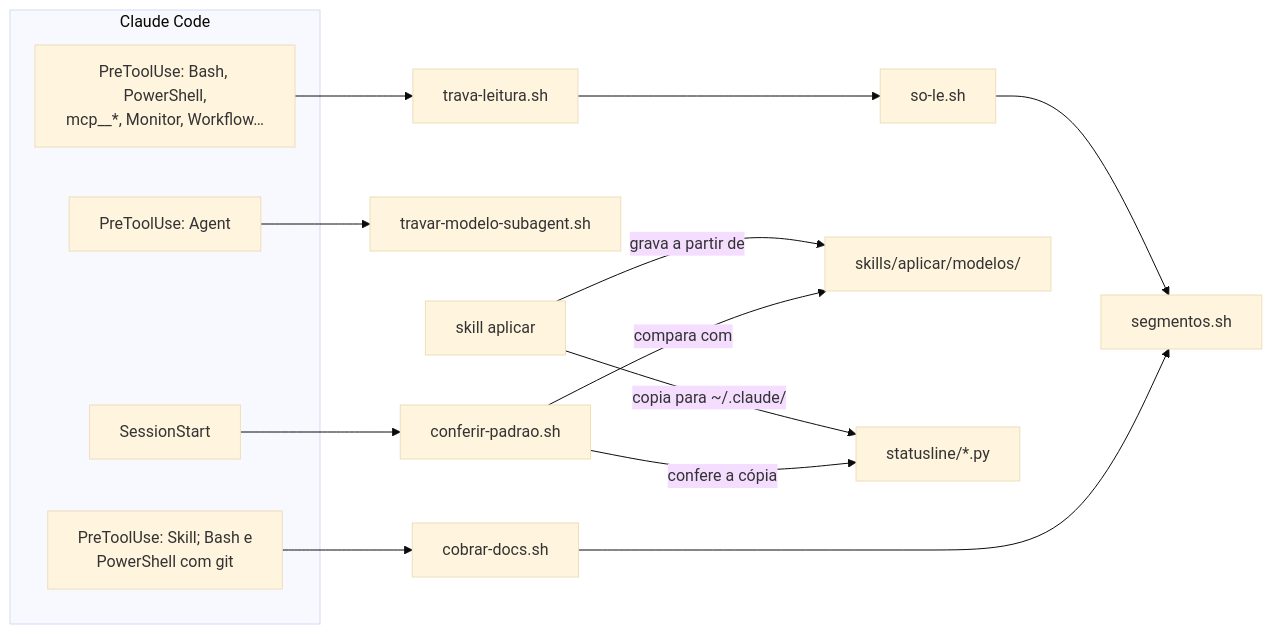
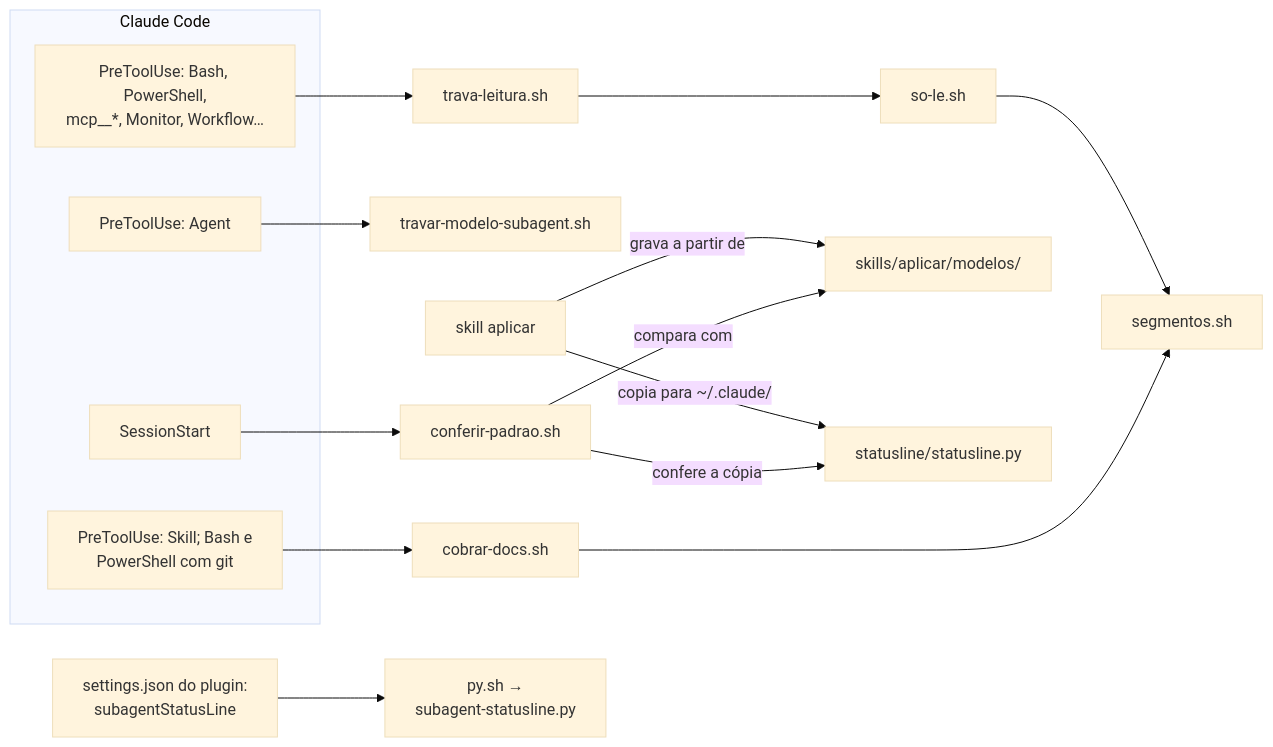
The first of 5 diagrams in docs/como-funciona.md (Kortek-Tecnologia/claude-padrao), drawn with Mermaid (base theme) before and after one commit. The commit also changed other lines of this file and 11 other files, not shown here.

````diff
--- a/docs/como-funciona.md
+++ b/docs/como-funciona.md
@@ -8,17 +8,18 @@
 ```mermaid
 flowchart LR
   subgraph CC["Claude Code"]
     SS["SessionStart"]
     AG["PreToolUse: Agent"]
     BT["PreToolUse: Bash, PowerShell,<br/>mcp__*, Monitor, Workflow…"]
     GC["PreToolUse: Skill; Bash e<br/>PowerShell com git"]
   end
   SS --> CP["conferir-padrao.sh"]
   AG --> TM["travar-modelo-subagent.sh"]
   BT --> TL["trava-leitura.sh"] --> SL["so-le.sh"] --> SG["segmentos.sh"]
   GC --> CD["cobrar-docs.sh"] --> SG
   AP["skill aplicar"] -->|"grava a partir de"| MOD["skills/aplicar/modelos/"]
   CP -->|"compara com"| MOD
-  AP -->|"copia para ~/.claude/"| ST["statusline/*.py"]
+  AP -->|"copia para ~/.claude/"| ST["statusline/statusline.py"]
   CP -->|"confere a cópia"| ST
+  PS["settings.json do plugin:<br/>subagentStatusLine"] --> SU["py.sh →<br/>subagent-statusline.py"]
 ```
````
